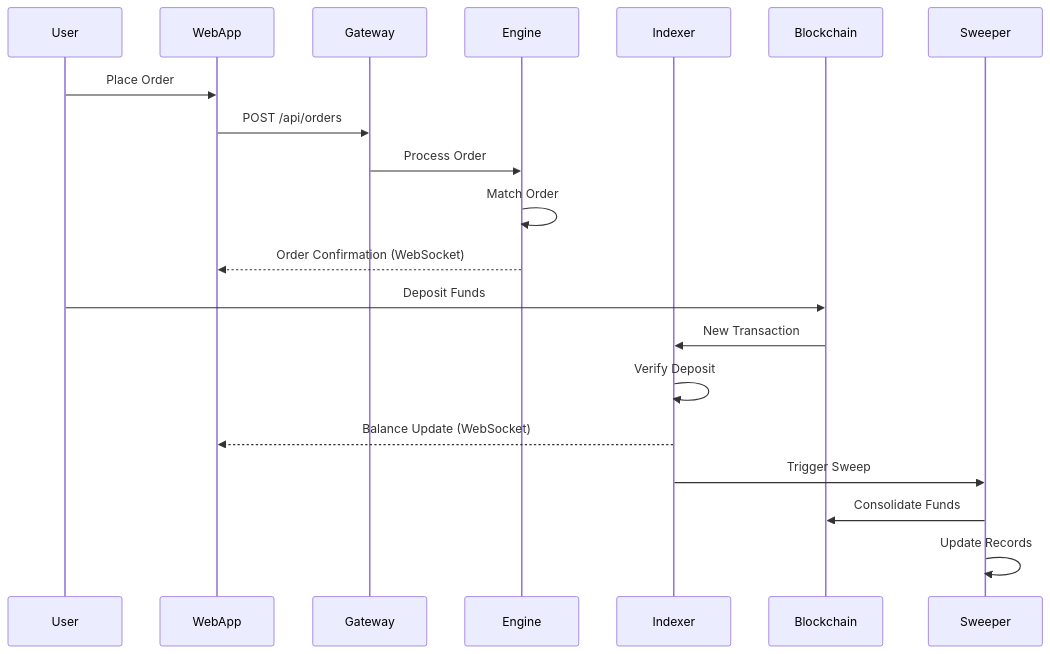
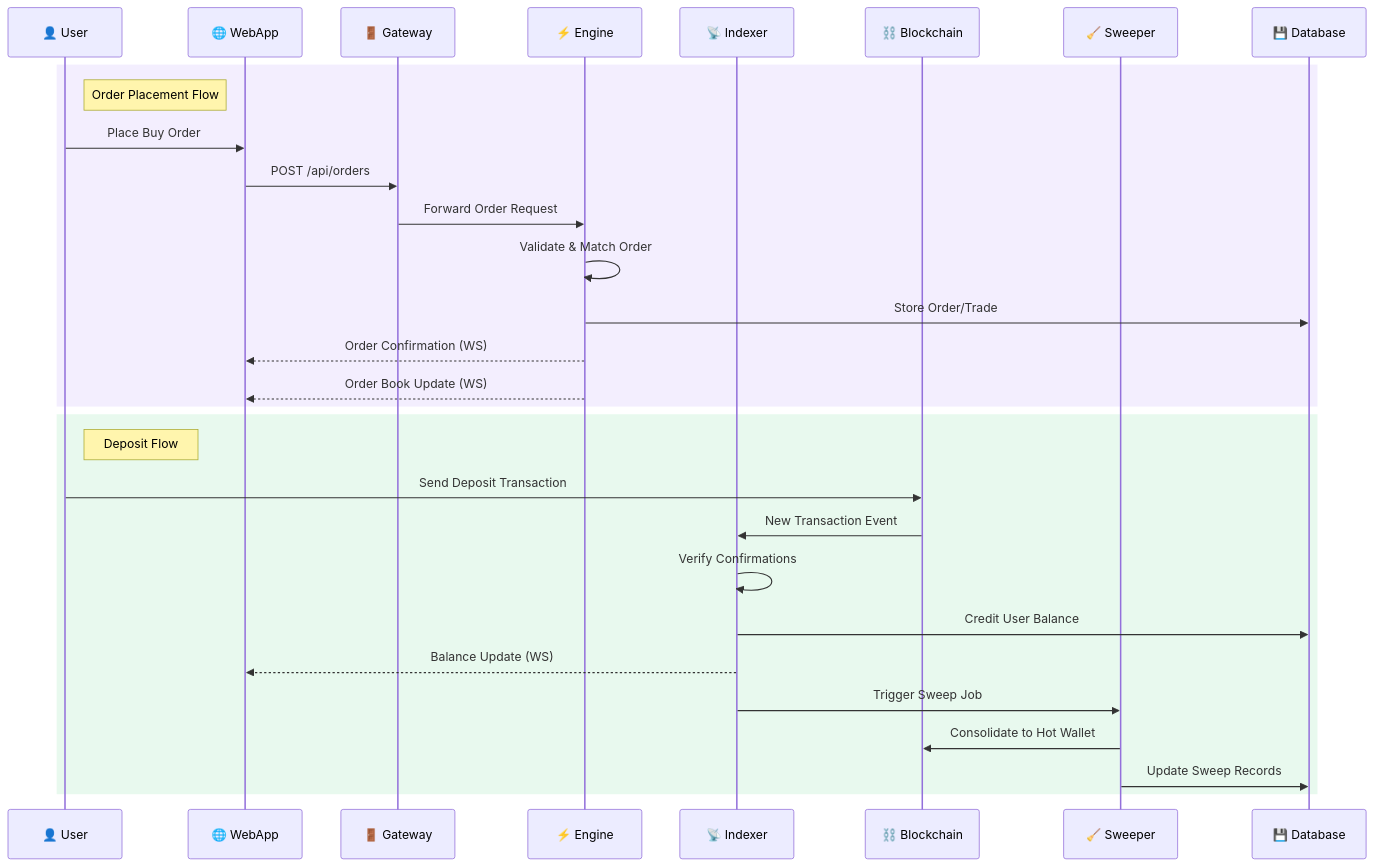
One commit to iaadi4/CSE changed the second of 5 diagrams in README.md. Above: the diagram before and after it, drawn with Mermaid. The commit also changed other lines of this file and 5 other files, not shown here.

````diff
--- a/README.md
+++ b/README.md
@@ -128,25 +156,34 @@
 ```mermaid
 sequenceDiagram
-    participant User
-    participant WebApp
-    participant Gateway
-    participant Engine
-    participant Indexer
-    participant Blockchain
-    participant Sweeper
+    participant 👤 User
+    participant 🌐 WebApp
+    participant 🚪 Gateway
+    participant ⚡ Engine
+    participant 📡 Indexer
+    participant ⛓️ Blockchain
+    participant 🧹 Sweeper
+    participant 💾 Database
     
-    User->>WebApp: Place Order
-    WebApp->>Gateway: POST /api/orders
-    Gateway->>Engine: Process Order
-    Engine->>Engine: Match Order
-    Engine-->>WebApp: Order Confirmation (WebSocket)
+    rect rgb(139, 92, 246, 0.1)
+    note right of 👤 User: Order Placement Flow
+    👤 User->>🌐 WebApp: Place Buy Order
+    🌐 WebApp->>🚪 Gateway: POST /api/orders
+    🚪 Gateway->>⚡ Engine: Forward Order Request
+    ⚡ Engine->>⚡ Engine: Validate & Match Order
+    ⚡ Engine->>💾 Database: Store Order/Trade
+    ⚡ Engine-->>🌐 WebApp: Order Confirmation (WS)
+    ⚡ Engine-->>🌐 WebApp: Order Book Update (WS)
+    end
     
-    User->>Blockchain: Deposit Funds
-    Blockchain->>Indexer: New Transaction
-    Indexer->>Indexer: Verify Deposit
-    Indexer-->>WebApp: Balance Update (WebSocket)
-    
-    Indexer->>Sweeper: Trigger Sweep
-    Sweeper->>Blockchain: Consolidate Funds
-    Sweeper->>Sweeper: Update Records
+    rect rgb(34, 197, 94, 0.1)
+    note right of 👤 User: Deposit Flow
+    👤 User->>⛓️ Blockchain: Send Deposit Transaction
+    ⛓️ Blockchain->>📡 Indexer: New Transaction Event
+    📡 Indexer->>📡 Indexer: Verify Confirmations
+    📡 Indexer->>💾 Database: Credit User Balance
+    📡 Indexer-->>🌐 WebApp: Balance Update (WS)
+    📡 Indexer->>🧹 Sweeper: Trigger Sweep Job
+    🧹 Sweeper->>⛓️ Blockchain: Consolidate to Hot Wallet
+    🧹 Sweeper->>💾 Database: Update Sweep Records
+    end
 ```
````
